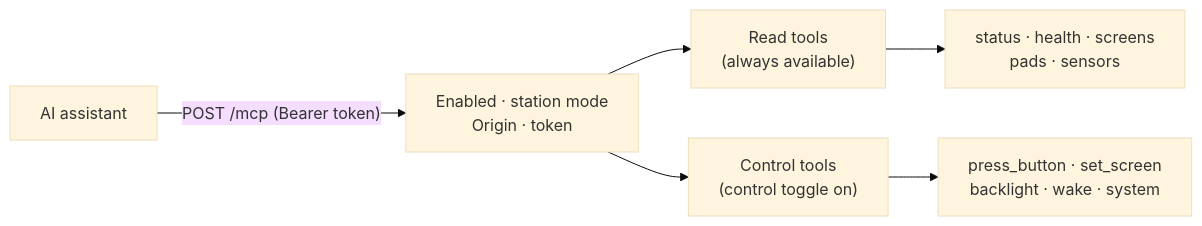
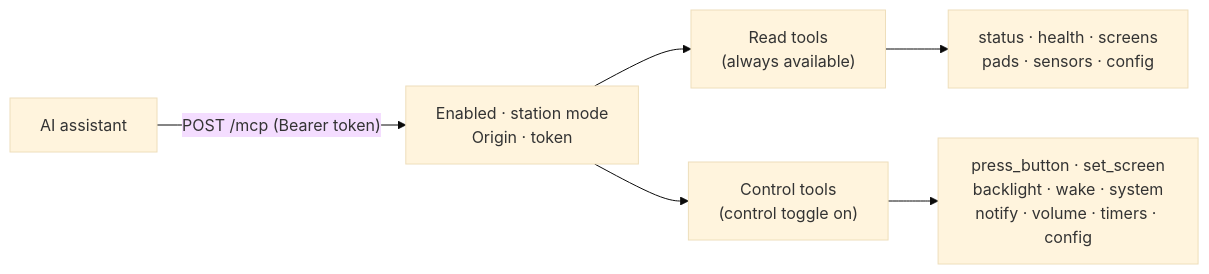
One commit to jantielens/esp32-macropad changed the diagram in docs/mcp-guide.md. Above: the diagram before and after it, drawn with Mermaid (base theme). The commit also changed other lines of this file and 4 other files, not shown here.

First line of the commit message:
feat(mcp): add set_component_config + advertise config surface in capabilities

````diff
--- a/docs/mcp-guide.md
+++ b/docs/mcp-guide.md
@@ -136,8 +136,8 @@
 ```mermaid
 graph LR
     CLIENT["AI assistant"] -->|"POST /mcp (Bearer token)"| GATE["Enabled · station mode<br/>Origin · token"]
     GATE --> READ["Read tools<br/>(always available)"]
     GATE --> CONTROL["Control tools<br/>(control toggle on)"]
-    READ --> INFO["status · health · screens<br/>pads · sensors"]
-    CONTROL --> ACT["press_button · set_screen<br/>backlight · wake · system"]
+    READ --> INFO["status · health · screens<br/>pads · sensors · config"]
+    CONTROL --> ACT["press_button · set_screen<br/>backlight · wake · system<br/>notify · volume · timers · config"]
 ```
````
